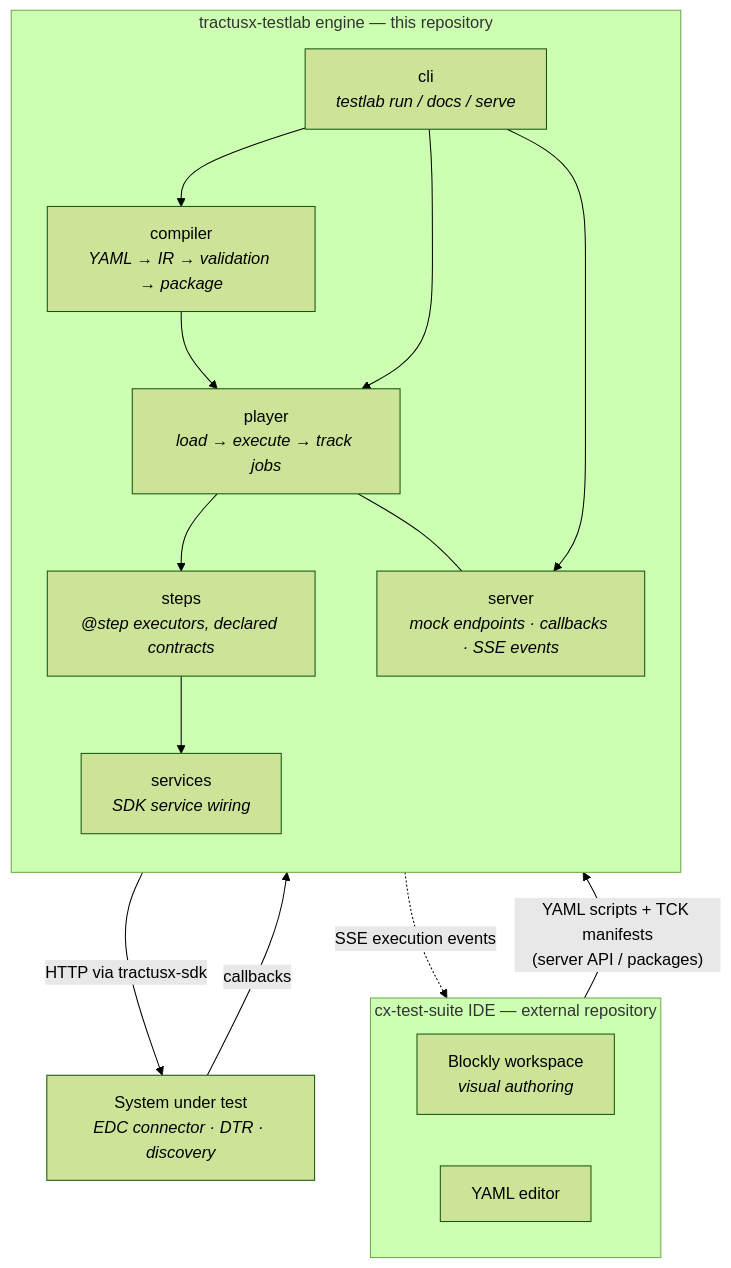
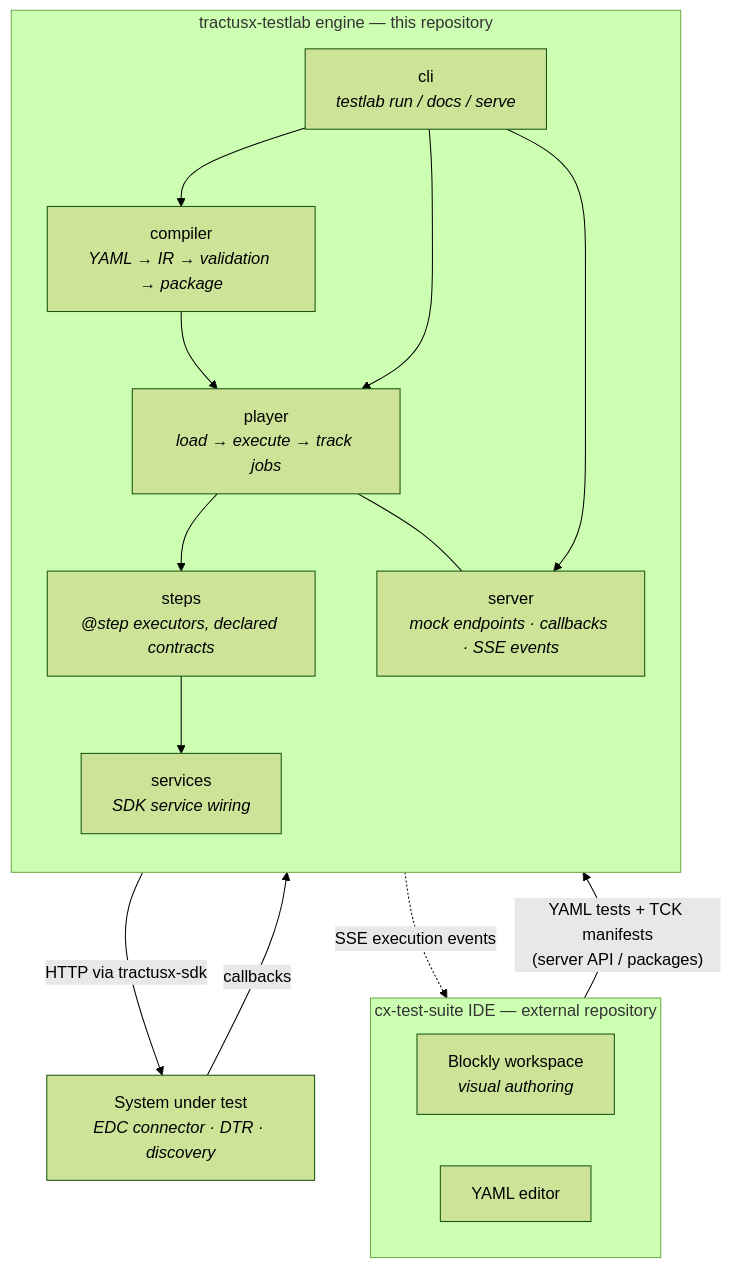
The diagram in docs/developer/architecture.md (eclipse-tractusx/tractusx-testlab), drawn with Mermaid (forest theme) before and after one commit. The commit also changed other lines of this file and 267 other files, not shown here.

First line of the commit message:
refactor: a TCK is made of tests, and the code says so

````diff
--- a/docs/developer/architecture.md
+++ b/docs/developer/architecture.md
@@ -126,27 +126,27 @@
 ```mermaid
 flowchart TD
     subgraph IDE["cx-test-suite IDE — external repository"]
         BLOCKS["Blockly workspace<br/><i>visual authoring</i>"]
         YAMLED["YAML editor"]
     end
 
-    IDE -->|"YAML scripts + TCK manifests<br/>(server API / packages)"| COMP
+    IDE -->|"YAML tests + TCK manifests<br/>(server API / packages)"| COMP
 
     subgraph ENGINE["tractusx-testlab engine — this repository"]
         direction TB
         COMP["compiler<br/><i>YAML → IR → validation → package</i>"] --> PLAYER
         PLAYER["player<br/><i>load → execute → track jobs</i>"] --> STEPS
         STEPS["steps<br/><i>@step executors, declared contracts</i>"] --> SVCS
         SVCS["services<br/><i>SDK service wiring</i>"]
         SERVER["server<br/><i>mock endpoints · callbacks · SSE events</i>"]
         CLI["cli<br/><i>testlab run / docs / serve</i>"]
         CLI --> COMP
         CLI --> PLAYER
         CLI --> SERVER
         PLAYER --- SERVER
     end
 
     SVCS -->|"HTTP via tractusx-sdk"| SUT["System under test<br/><i>EDC connector · DTR · discovery</i>"]
     SUT -->|"callbacks"| SERVER
     SERVER -.->|"SSE execution events"| IDE
 ```
````
